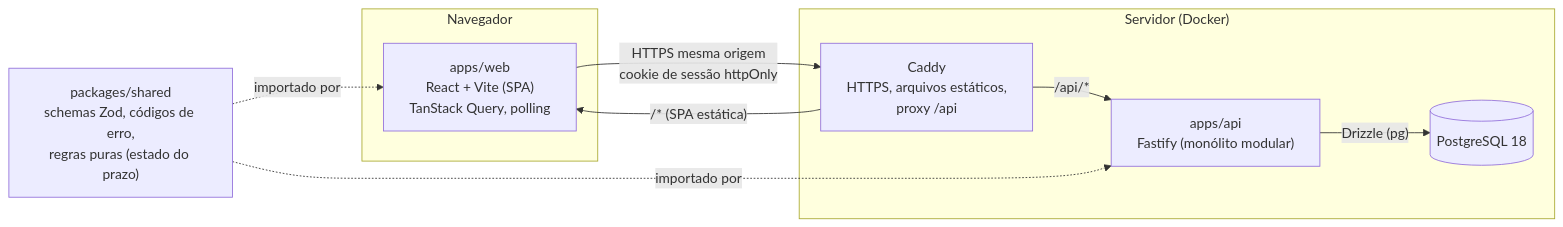
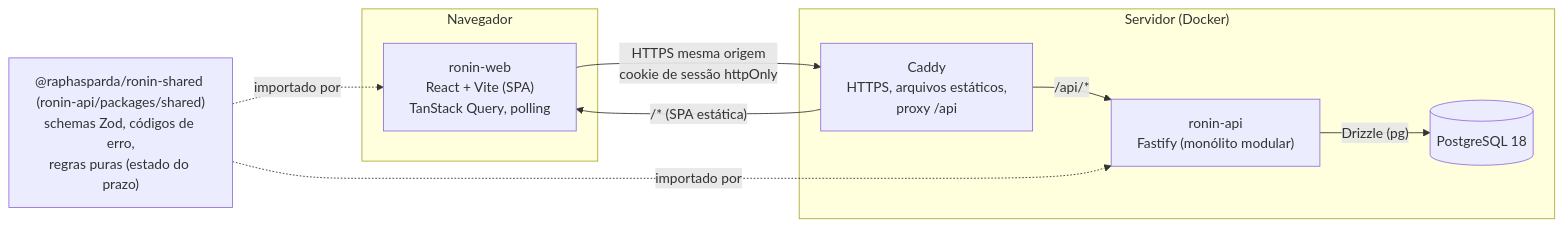
One commit to raphasparda/Ronin-End changed the first of 3 diagrams in docs/architecture/overview.md. Above: the diagram before and after it, drawn with Mermaid. The commit also changed other lines of this file and 253 other files, not shown here.

First line of the commit message:
chore: separa o ronin-api do monorepo

````diff
--- a/docs/architecture/overview.md
+++ b/docs/architecture/overview.md
@@ -19,19 +19,19 @@
 ```mermaid
 flowchart LR
   subgraph Navegador
-    WEB["apps/web<br/>React + Vite (SPA)<br/>TanStack Query, polling"]
+    WEB["ronin-web<br/>React + Vite (SPA)<br/>TanStack Query, polling"]
   end
   subgraph Servidor["Servidor (Docker)"]
     CADDY["Caddy<br/>HTTPS, arquivos estáticos,<br/>proxy /api"]
-    API["apps/api<br/>Fastify (monólito modular)"]
+    API["ronin-api<br/>Fastify (monólito modular)"]
     PG[("PostgreSQL 18")]
   end
-  SHARED["packages/shared<br/>schemas Zod, códigos de erro,<br/>regras puras (estado do prazo)"]
+  SHARED["@raphasparda/ronin-shared (ronin-api/packages/shared)<br/>schemas Zod, códigos de erro,<br/>regras puras (estado do prazo)"]
 
   WEB -- "HTTPS mesma origem<br/>cookie de sessão httpOnly" --> CADDY
   CADDY -- "/api/*" --> API
   CADDY -- "/* (SPA estática)" --> WEB
   API -- "Drizzle (pg)" --> PG
   SHARED -. importado por .-> WEB
   SHARED -. importado por .-> API
 ```
````
